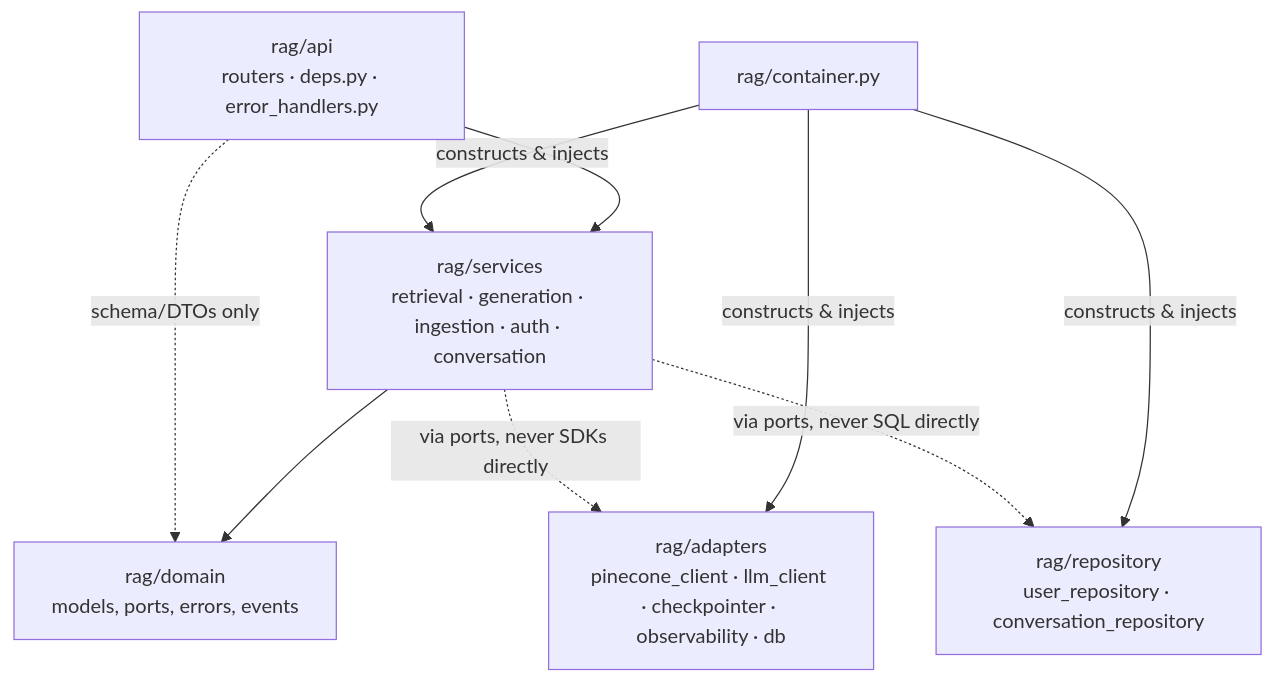
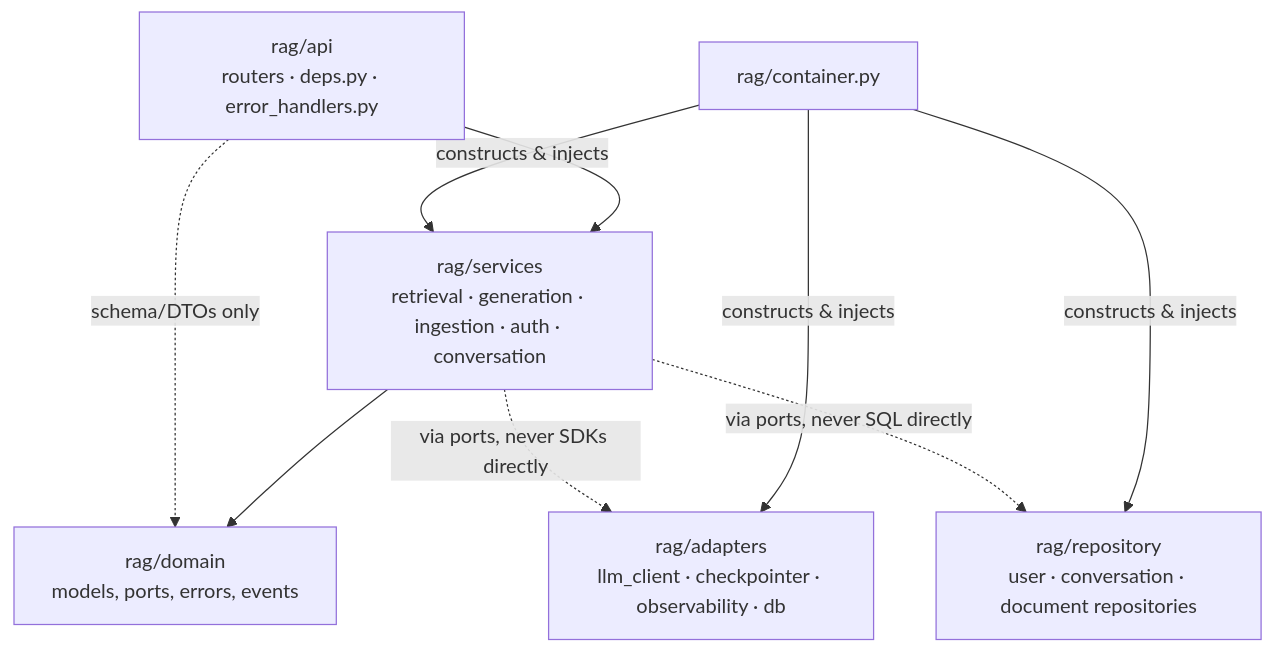
The second of 5 diagrams in docs/architecture.md (hadifar/rag), drawn with Mermaid before and after one commit. The commit also changed other lines of this file and 38 other files, not shown here.

````diff
--- a/docs/architecture.md
+++ b/docs/architecture.md
@@ -51,18 +50,18 @@
 ```mermaid
 graph TD
     api[rag/api<br/>routers · deps.py · error_handlers.py]
     services[rag/services<br/>retrieval · generation · ingestion · auth · conversation]
     domain[rag/domain<br/>models, ports, errors, events]
-    adapters[rag/adapters<br/>pinecone_client · llm_client · checkpointer · observability · db]
-    repository[rag/repository<br/>user_repository · conversation_repository]
+    adapters[rag/adapters<br/>llm_client · checkpointer · observability · db]
+    repository[rag/repository<br/>user · conversation · document repositories]
     container[rag/container.py<br/>]
 
     api --> services
     services --> domain
     api -.->|schema/DTOs only| domain
     container -->|constructs & injects| adapters
     container -->|constructs & injects| repository
     container -->|constructs & injects| services
     services -.->|via ports, never SDKs directly| adapters
     services -.->|via ports, never SQL directly| repository
 ```
````
